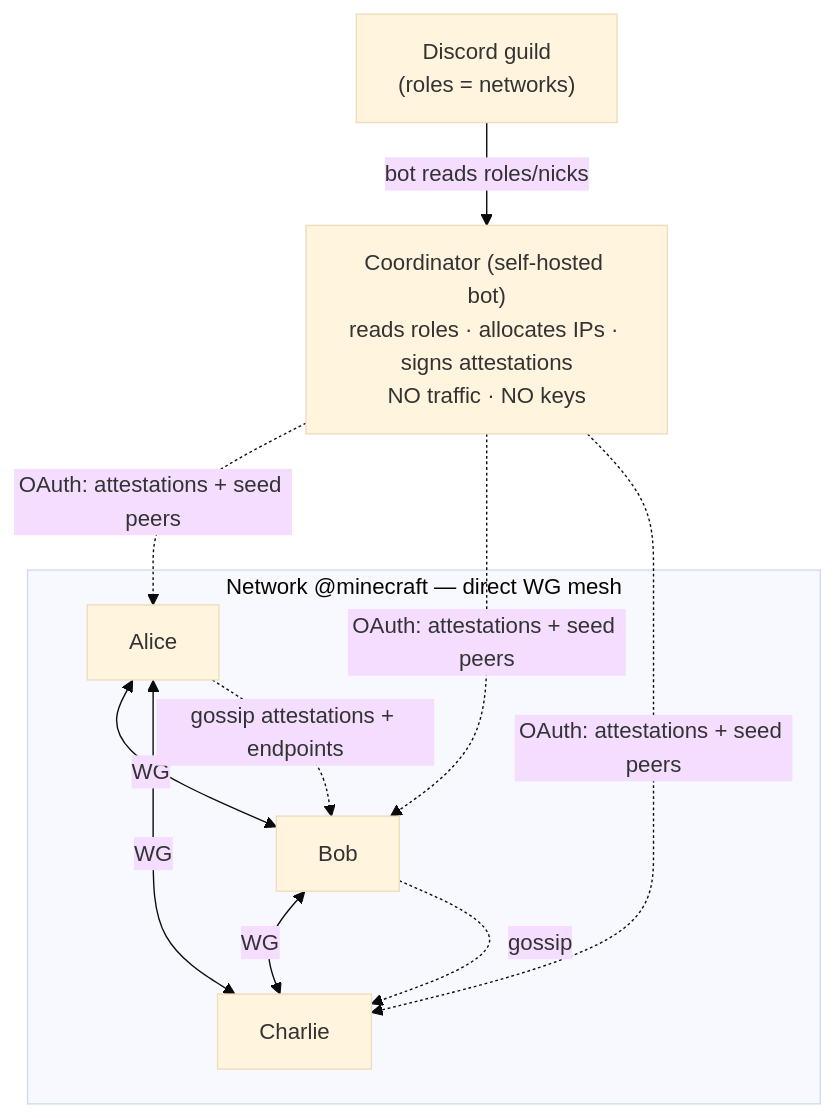
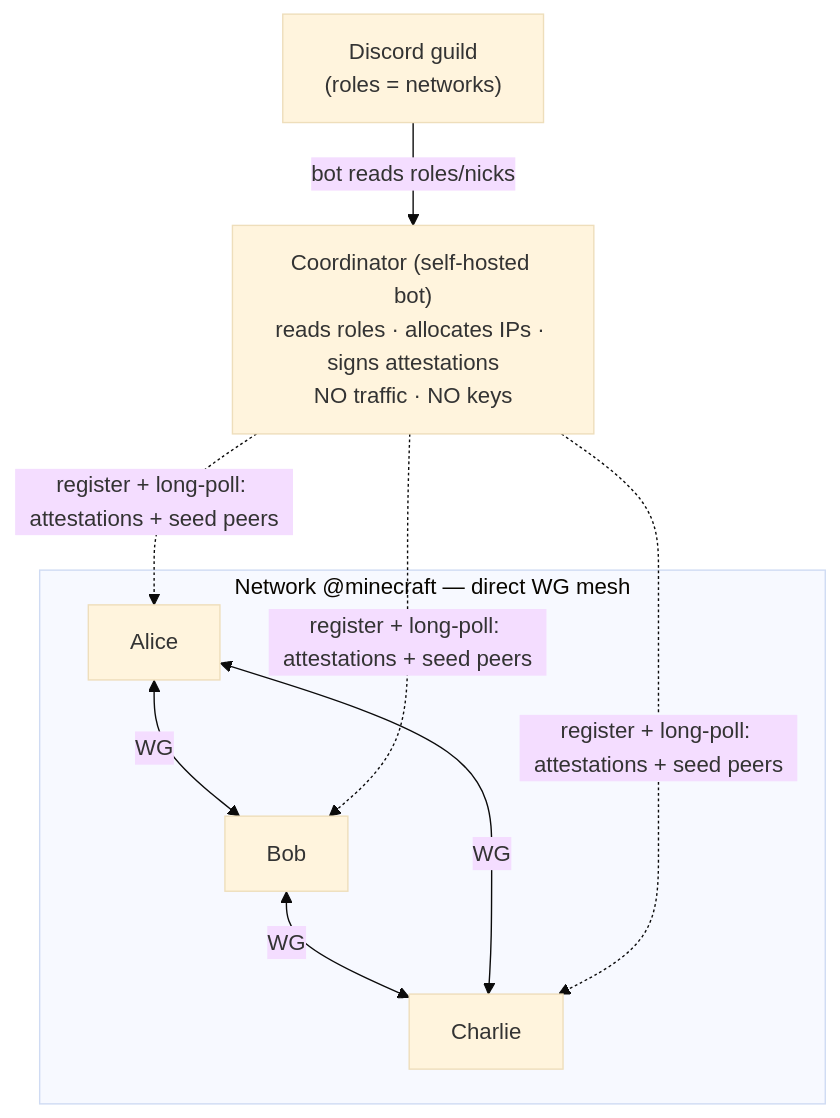
One commit to gtosh4/unity_lan changed the second of 2 diagrams in docs/design.md. Above: the diagram before and after it, drawn with Mermaid (base theme). The commit also changed other lines of this file and 2 other files, not shown here.

First line of the commit message:
docs: security-review hardening, endpoint/discovery architecture, milestone sync

````diff
--- a/docs/design.md
+++ b/docs/design.md
@@ -366,19 +463,17 @@
 ```mermaid
 flowchart TB
     D["Discord guild<br/>(roles = networks)"]
     B["Coordinator (self-hosted bot)<br/>reads roles · allocates IPs · signs attestations<br/>NO traffic · NO keys"]
     D -->|bot reads roles/nicks| B
     subgraph MESH["Network @minecraft — direct WG mesh"]
         A["Alice"]
         Bo["Bob"]
         Ch["Charlie"]
         A <-->|WG| Bo
         Bo <-->|WG| Ch
         A <-->|WG| Ch
     end
-    B -.->|OAuth: attestations + seed peers| A
-    B -.->|OAuth: attestations + seed peers| Bo
-    B -.->|OAuth: attestations + seed peers| Ch
-    A -.->|gossip attestations + endpoints| Bo
-    Bo -.->|gossip| Ch
+    B -.->|register + long-poll: attestations + seed peers| A
+    B -.->|register + long-poll: attestations + seed peers| Bo
+    B -.->|register + long-poll: attestations + seed peers| Ch
 ```
````
